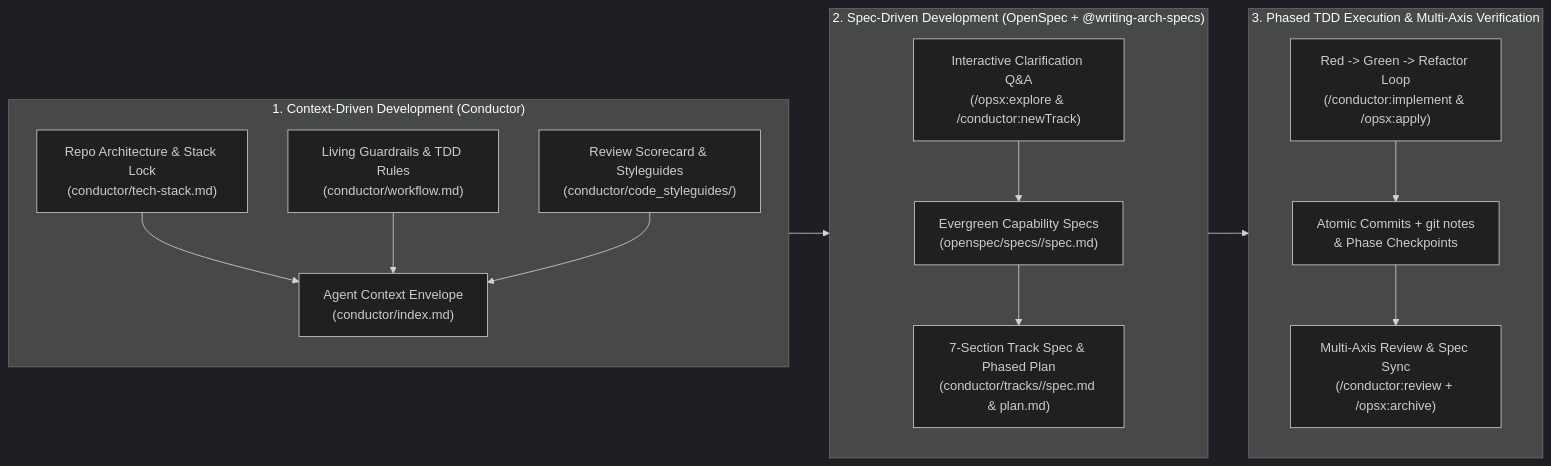
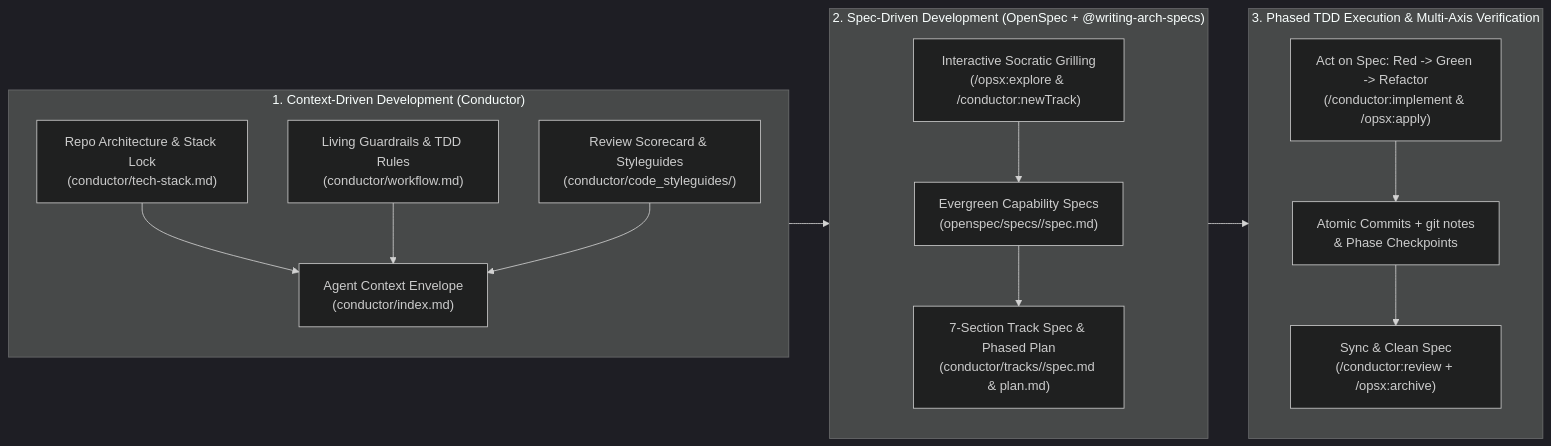
One commit to adkaspar-google/sdd-course changed the diagram in README.md. Above: the diagram before and after it, drawn with Mermaid (dark theme). The commit also changed other lines of this file and 87 other files, not shown here.

````diff
--- a/README.md
+++ b/README.md
@@ -58,24 +55,24 @@
 ```mermaid
 flowchart LR
     subgraph CDD["1. Context-Driven Development (Conductor)"]
         direction TB
         A1["Repo Architecture & Stack Lock\n(conductor/tech-stack.md)"] --> A4["Agent Context Envelope\n(conductor/index.md)"]
         A2["Living Guardrails & TDD Rules\n(conductor/workflow.md)"] --> A4
         A3["Review Scorecard & Styleguides\n(conductor/code_styleguides/)"] --> A4
     end
 
     subgraph SDD["2. Spec-Driven Development (OpenSpec + @writing-arch-specs)"]
         direction TB
-        B1["Interactive Clarification Q&A\n(/opsx:explore & /conductor:newTrack)"] --> B2["Evergreen Capability Specs\n(openspec/specs/<cap>/spec.md)"]
+        B1["Interactive Socratic Grilling\n(/opsx:explore & /conductor:newTrack)"] --> B2["Evergreen Capability Specs\n(openspec/specs/<cap>/spec.md)"]
         B2 --> B3["7-Section Track Spec & Phased Plan\n(conductor/tracks/<id>/spec.md & plan.md)"]
     end
 
     subgraph EXEC["3. Phased TDD Execution & Multi-Axis Verification"]
         direction TB
-        C1["Red -> Green -> Refactor Loop\n(/conductor:implement & /opsx:apply)"] --> C2["Atomic Commits + git notes\n& Phase Checkpoints"]
-        C2 --> C3["Multi-Axis Review & Spec Sync\n(/conductor:review + /opsx:archive)"]
+        C1["Act on Spec: Red -> Green -> Refactor\n(/conductor:implement & /opsx:apply)"] --> C2["Atomic Commits + git notes\n& Phase Checkpoints"]
+        C2 --> C3["Sync & Clean Spec\n(/conductor:review + /opsx:archive)"]
     end
 
     CDD --> SDD
     SDD --> EXEC
 ```
````
